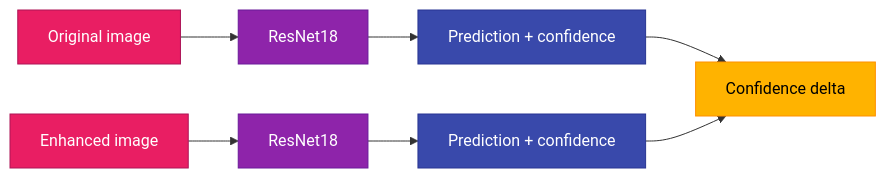
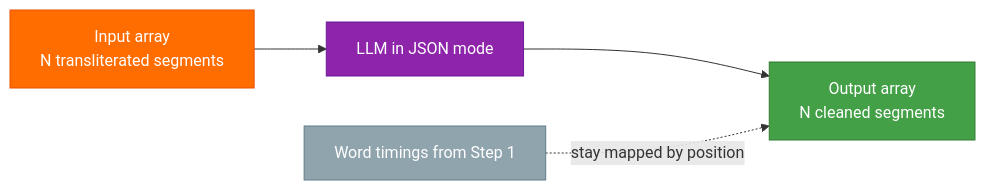
Before and after one commit to stutikatiyar/CapFlow: the third of 5 diagrams in README.md, drawn with Mermaid. The commit also changed other lines of this file, not shown here.

````diff
--- a/README.md
+++ b/README.md
@@ -614,16 +207,15 @@
 ```mermaid
 flowchart LR
-    O["Original image"] --> M1["ResNet18"] --> P1["Prediction + confidence"]
-    E["Enhanced image"] --> M2["ResNet18"] --> P2["Prediction + confidence"]
-    P1 --> D["Confidence delta"]
-    P2 --> D
+    I["Input array<br/>N transliterated segments"] --> L["LLM in JSON mode"]
+    L --> O["Output array<br/>N cleaned segments"]
+    T["Word timings from Step 1"] -. "stay mapped by position" .-> O
 
-    classDef o fill:#E91E63,stroke:#AD1457,color:#fff
-    classDef m fill:#8E24AA,stroke:#6A1B9A,color:#fff
-    classDef p fill:#3949AB,stroke:#283593,color:#fff
-    classDef d fill:#FFB300,stroke:#FF8F00,color:#000
-    class O,E o
-    class M1,M2 m
-    class P1,P2 p
-    class D d
+    classDef i fill:#FF6D00,stroke:#E65100,color:#fff
+    classDef l fill:#8E24AA,stroke:#6A1B9A,color:#fff
+    classDef o fill:#43A047,stroke:#2E7D32,color:#fff
+    classDef t fill:#90A4AE,stroke:#607D8B,color:#fff
+    class I i
+    class L l
+    class O o
+    class T t
 ```
````
